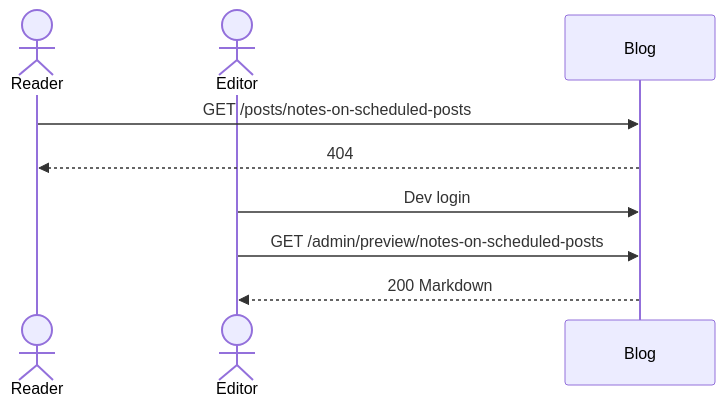
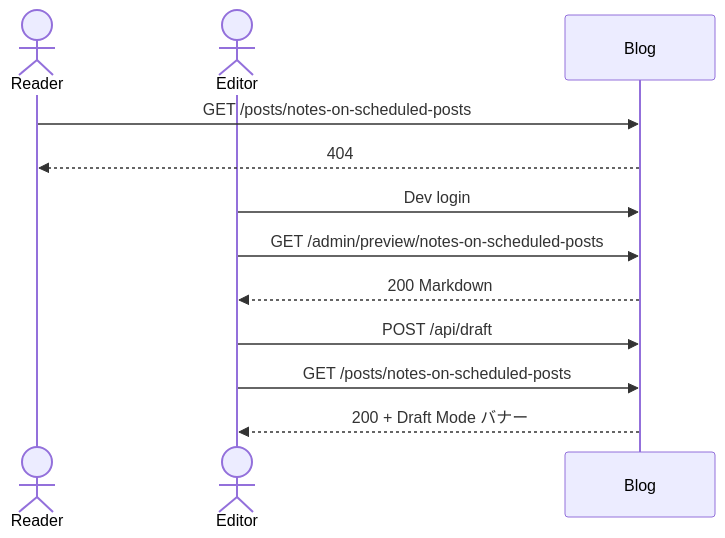
One commit to maeplego/portfolio-plan changed the fourth of 6 diagrams in portfolio-plan/content-platform/docs/06-diagrams.md. Above: the diagram before and after it, drawn with Mermaid. The commit also changed other lines of this file and 111 other files, not shown here.

````diff
--- a/portfolio-plan/content-platform/docs/06-diagrams.md
+++ b/portfolio-plan/content-platform/docs/06-diagrams.md
@@ -72,11 +78,14 @@
 ```mermaid
 sequenceDiagram
   actor Reader
   actor Editor
   participant Blog
   Reader->>Blog: GET /posts/notes-on-scheduled-posts
   Blog-->>Reader: 404
   Editor->>Blog: Dev login
   Editor->>Blog: GET /admin/preview/notes-on-scheduled-posts
   Blog-->>Editor: 200 Markdown
+  Editor->>Blog: POST /api/draft
+  Editor->>Blog: GET /posts/notes-on-scheduled-posts
+  Blog-->>Editor: 200 + Draft Mode バナー
 ```
````
